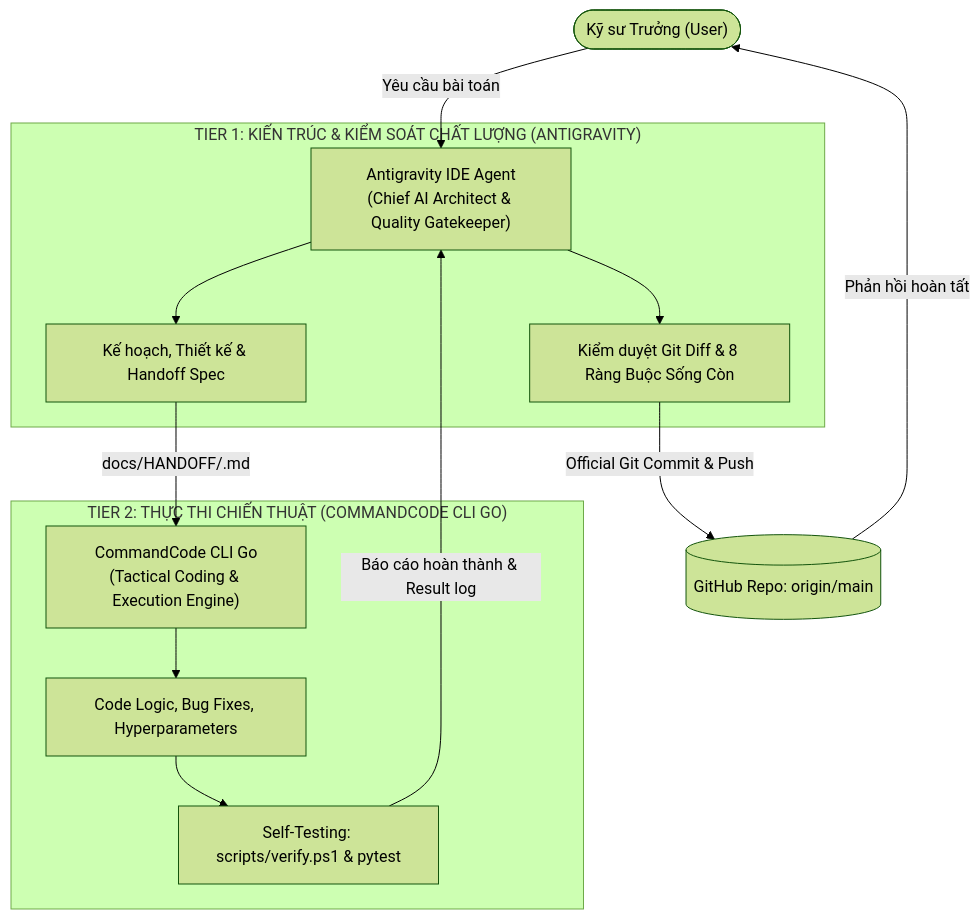
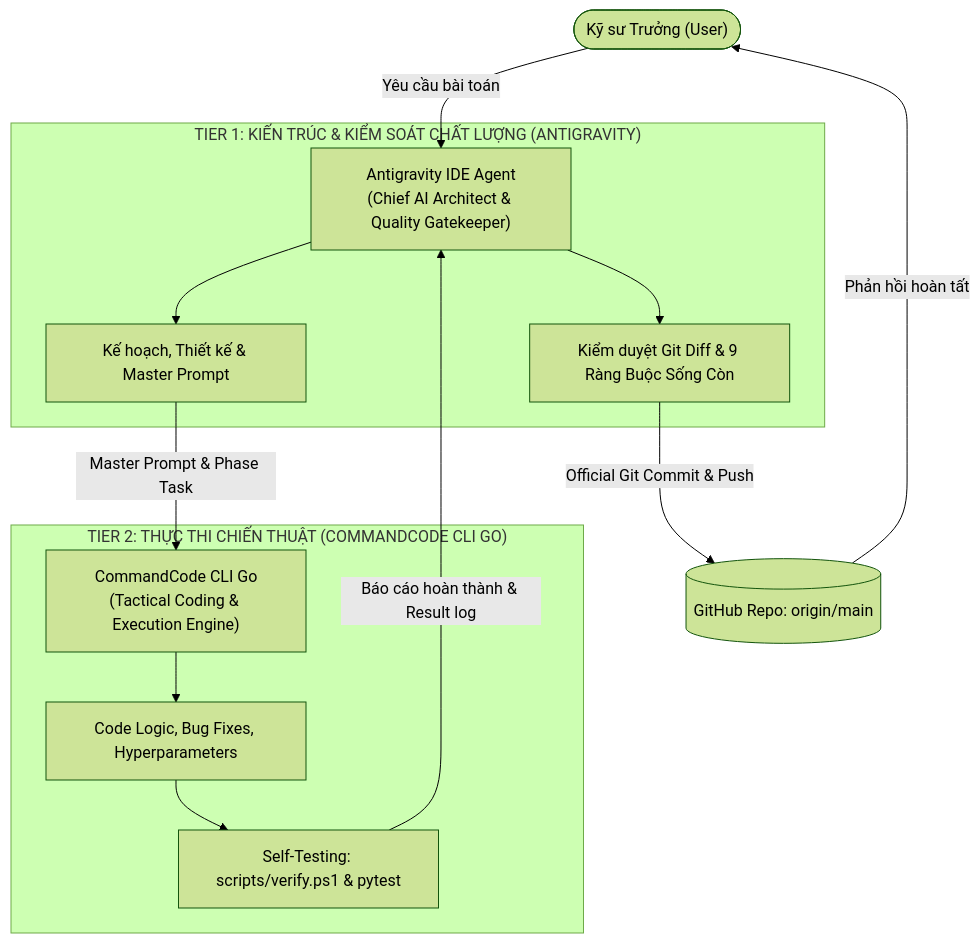
One commit to philipsgn/LungRay changed the first of 2 diagrams in AGENTS.md. Above: the diagram before and after it, drawn with Mermaid (forest theme). The commit also changed other lines of this file and 88 other files, not shown here.

````diff
--- a/AGENTS.md
+++ b/AGENTS.md
@@ -61,28 +70,28 @@
 ```mermaid
 graph TD
     User(["Kỹ sư Trưởng (User)"])
     
     subgraph GovernanceTier ["TIER 1: KIẾN TRÚC & KIỂM SOÁT CHẤT LƯỢNG (ANTIGRAVITY)"]
         AG["Antigravity IDE Agent\n(Chief AI Architect & Quality Gatekeeper)"]
-        Plan["Kế hoạch, Thiết kế & Handoff Spec"]
-        Gate["Kiểm duyệt Git Diff & 8 Ràng Buộc Sống Còn"]
+        Plan["Kế hoạch, Thiết kế & Master Prompt"]
+        Gate["Kiểm duyệt Git Diff & 9 Ràng Buộc Sống Còn"]
     end
 
     subgraph TacticalTier ["TIER 2: THỰC THI CHIẾN THUẬT (COMMANDCODE CLI GO)"]
         CC["CommandCode CLI Go\n(Tactical Coding & Execution Engine)"]
         Code["Code Logic, Bug Fixes, Hyperparameters"]
         Test["Self-Testing: scripts/verify.ps1 & pytest"]
     end
 
     Git[("GitHub Repo: origin/main")]
 
     User -->|Yêu cầu bài toán| AG
     AG --> Plan
-    Plan -->|docs/HANDOFF/<ID>.md| CC
+    Plan -->|Master Prompt & Phase Task| CC
     CC --> Code
     Code --> Test
     Test -->|Báo cáo hoàn thành & Result log| AG
     AG --> Gate
     Gate -->|Official Git Commit & Push| Git
     Git -->|Phản hồi hoàn tất| User
 ```
````
